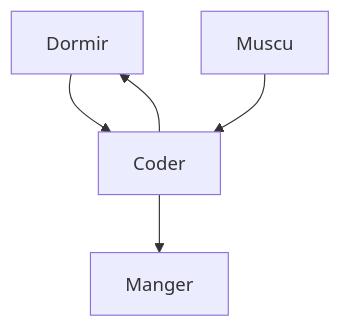
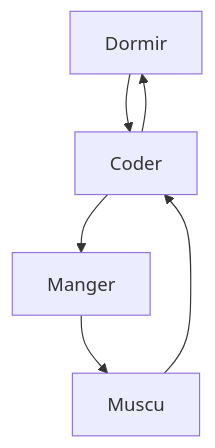
Before and after one commit to ToKuOFFI/ToKuOFFI: the diagram in README.md, drawn with Mermaid.

````diff
--- a/README.md
+++ b/README.md
@@ -26,7 +26,8 @@
 ```mermaid 
     graph TD;
     Dormir-->Coder;
     Coder-->Manger;
-    Muscu-->Coder
+    Manger-->Muscu;
+    Muscu-->Coder;
     Coder-->Dormir;
 ```
````
